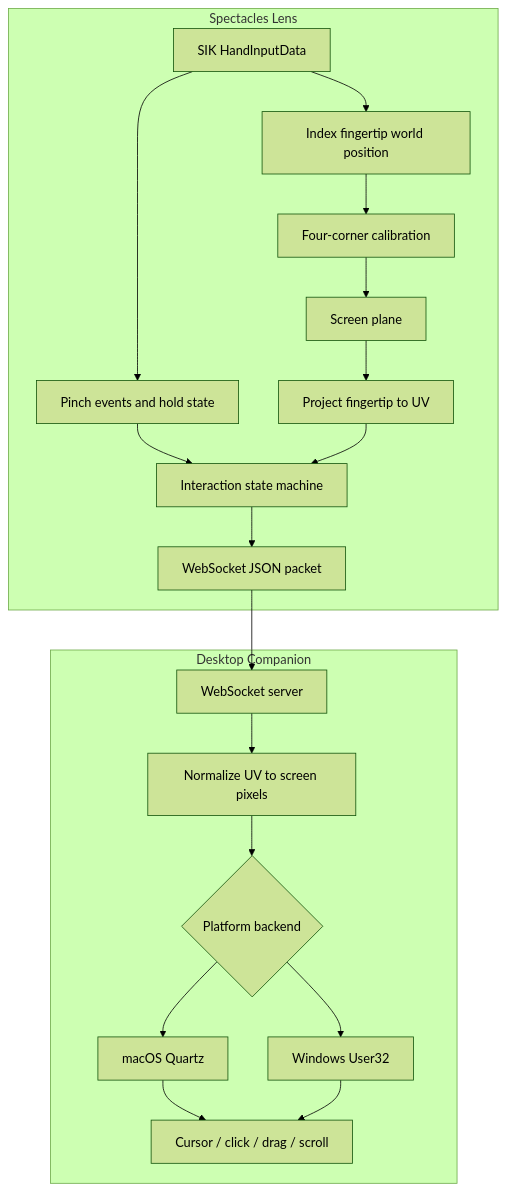
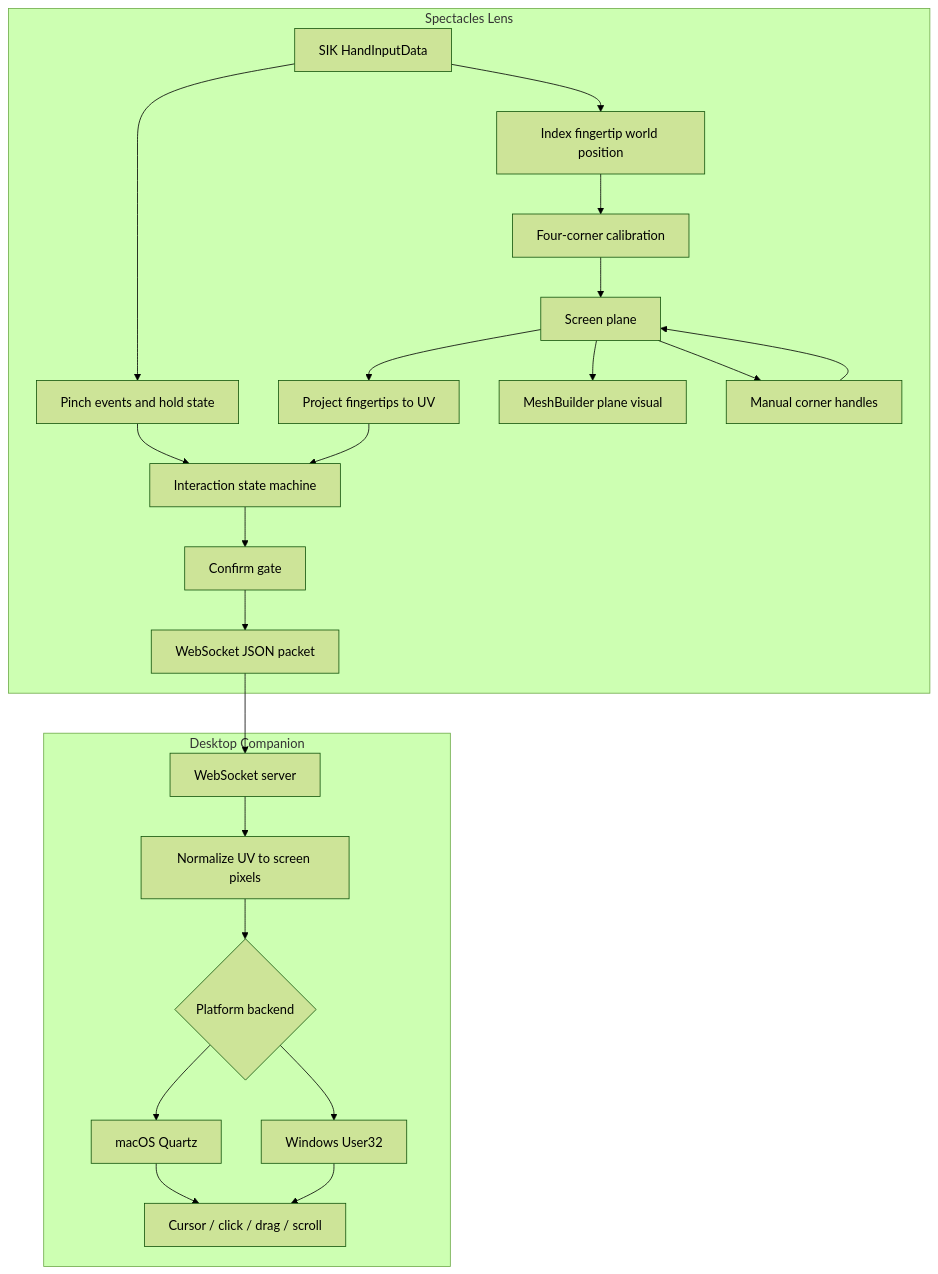
The diagram in docs/architecture.md (kgediya/airtouch-spectacles), drawn with Mermaid (forest theme) before and after one commit. The commit also changed other lines of this file and 9 other files, not shown here.

````diff
--- a/docs/architecture.md
+++ b/docs/architecture.md
@@ -8,23 +8,27 @@
 ```mermaid
 flowchart TD
   subgraph Lens["Spectacles Lens"]
     A[SIK HandInputData] --> B[Index fingertip world position]
     A --> C[Pinch events and hold state]
     B --> D[Four-corner calibration]
     D --> E[Screen plane]
-    E --> F[Project fingertip to UV]
+    E --> F[Project fingertips to UV]
+    E --> O[MeshBuilder plane visual]
+    E --> P[Manual corner handles]
+    P --> E
     C --> G[Interaction state machine]
     F --> G
-    G --> H[WebSocket JSON packet]
+    G --> Q[Confirm gate]
+    Q --> H[WebSocket JSON packet]
   end
 
   subgraph Desktop["Desktop Companion"]
     H --> I[WebSocket server]
     I --> J[Normalize UV to screen pixels]
     J --> K{Platform backend}
     K --> L[macOS Quartz]
     K --> M[Windows User32]
     L --> N[Cursor / click / drag / scroll]
     M --> N
   end
 ```
````
